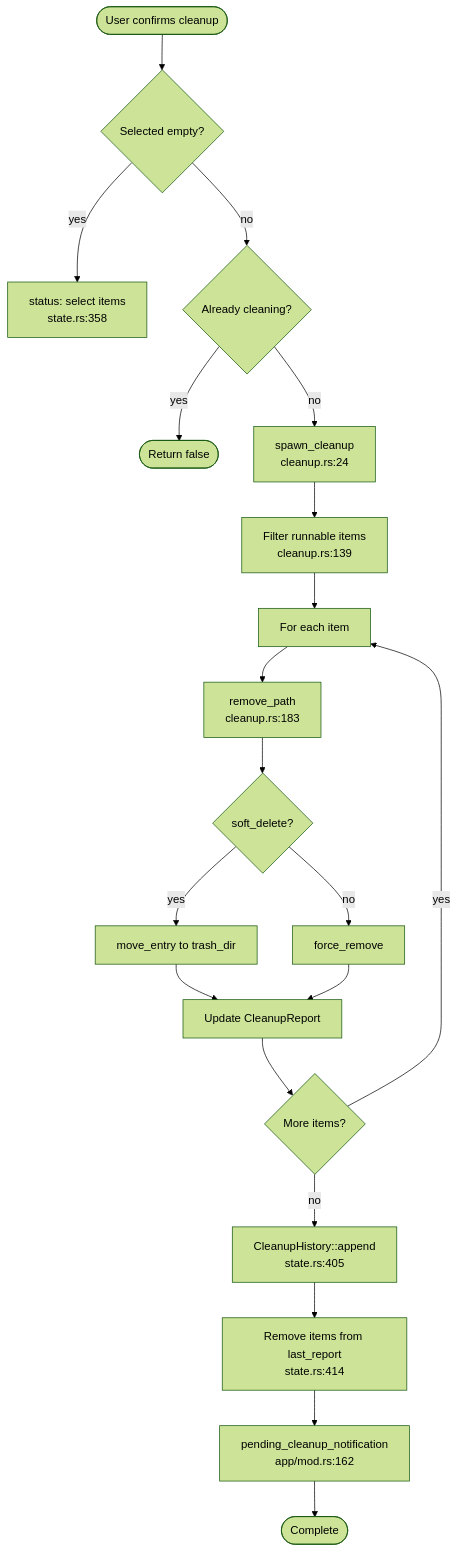
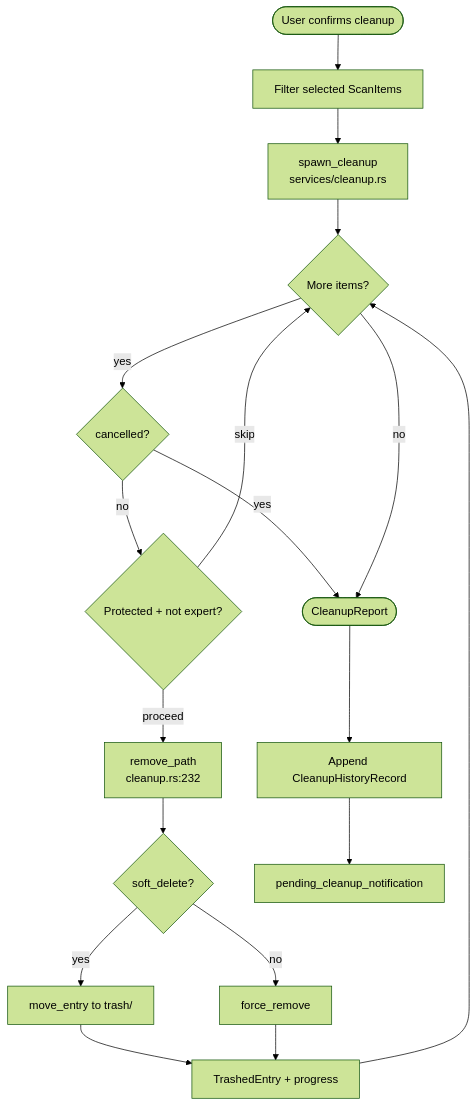
Before and after one commit to sopaco/CLV3000-Plus: the sixth of 7 diagrams in .terrain/human/3.Workflows.md, drawn with Mermaid (forest theme). The commit also changed other lines of this file and 55 other files, not shown here.

Commit message:
enhance cleaning ability, optimize user experience

````diff
--- a/.terrain/human/3.Workflows.md
+++ b/.terrain/human/3.Workflows.md
@@ -103,22 +157,20 @@
 ```mermaid
 flowchart TD
-    Start([User confirms cleanup]) --> EmptyCheck{Selected empty?}
-    EmptyCheck -->|yes| MsgSelect["status: select items<br/>state.rs:358"]
-    EmptyCheck -->|no| CleaningCheck{Already cleaning?}
-    CleaningCheck -->|yes| EndSkip([Return false])
-    CleaningCheck -->|no| SpawnClean["spawn_cleanup<br/>cleanup.rs:24"]
-    SpawnClean --> FilterRun["Filter runnable items<br/>cleanup.rs:139"]
-    FilterRun --> LoopItem["For each item"]
-    LoopItem --> Remove["remove_path<br/>cleanup.rs:183"]
-    Remove --> SoftQ{soft_delete?}
-    SoftQ -->|yes| MoveTrash["move_entry to trash_dir"]
-    SoftQ -->|no| HardDel["force_remove"]
-    MoveTrash --> RecordOK
-    HardDel --> RecordOK["Update CleanupReport"]
-    RecordOK --> MoreItems{More items?}
-    MoreItems -->|yes| LoopItem
-    MoreItems -->|no| History["CleanupHistory::append<br/>state.rs:405"]
-    History --> PruneReport["Remove items from last_report<br/>state.rs:414"]
-    PruneReport --> Notify["pending_cleanup_notification<br/>app/mod.rs:162"]
-    Notify --> End([Complete])
+    Start([User confirms cleanup]) --> Filter["Filter selected ScanItems"]
+    Filter --> Spawn["spawn_cleanup<br/>services/cleanup.rs"]
+    Spawn --> Loop{More items?}
+    Loop -->|yes| CheckCancel{cancelled?}
+    CheckCancel -->|yes| Done
+    CheckCancel -->|no| CheckRisk{Protected + not expert?}
+    CheckRisk -->|skip| Loop
+    CheckRisk -->|proceed| Remove["remove_path<br/>cleanup.rs:232"]
+    Remove --> Soft{soft_delete?}
+    Soft -->|yes| MoveTrash["move_entry to trash/"]
+    Soft -->|no| ForceDel["force_remove"]
+    MoveTrash --> Record["TrashedEntry + progress"]
+    ForceDel --> Record
+    Record --> Loop
+    Loop -->|no| Done([CleanupReport])
+    Done --> History["Append CleanupHistoryRecord"]
+    History --> Notify["pending_cleanup_notification"]
 ```
````
